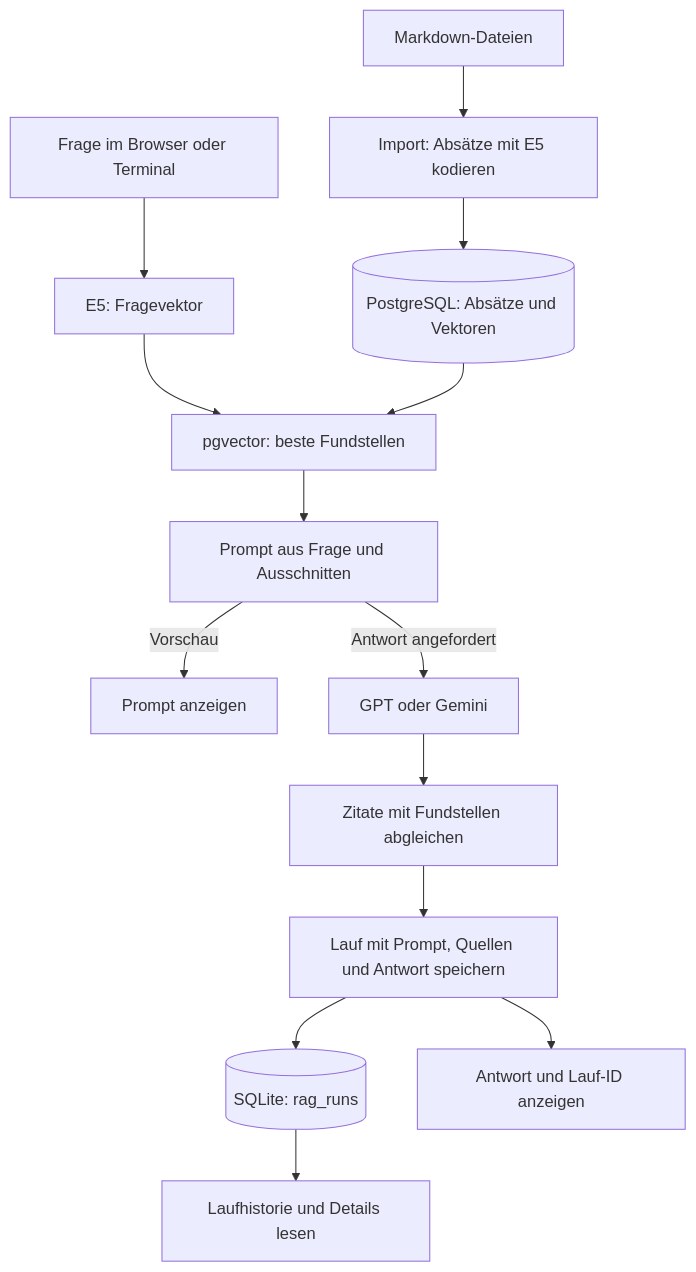
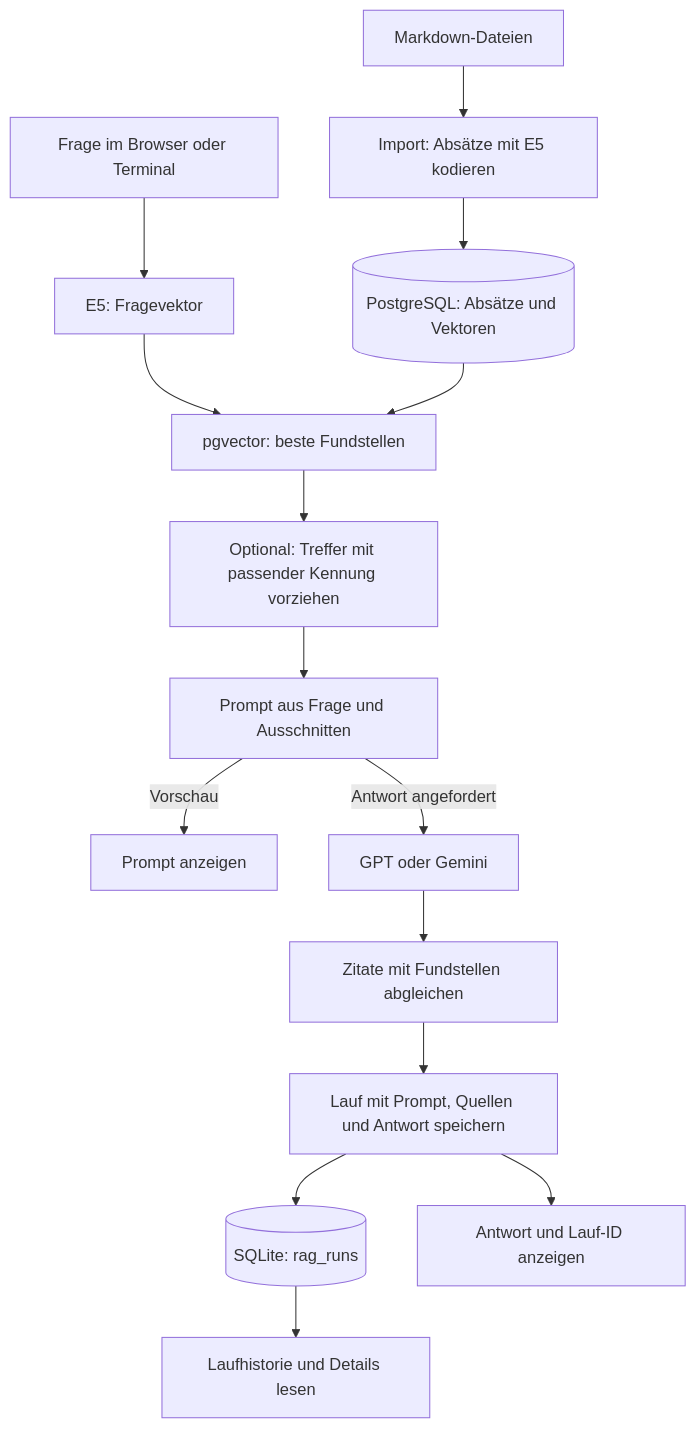
One commit to DanielMS616/cosi-lab changed the diagram in README.md. Above: the diagram before and after it, drawn with Mermaid. The commit also changed other lines of this file, not shown here.

Commit message:
docs: Kennungsoption und Suchchecks dokumentieren

````diff
--- a/README.md
+++ b/README.md
@@ -11,16 +11,17 @@
 ```mermaid
 flowchart TB
     MD["Markdown-Dateien"] --> IMPORT["Import: Absätze mit E5 kodieren"]
     IMPORT --> PG[("PostgreSQL: Absätze und Vektoren")]
     Q["Frage im Browser oder Terminal"] --> E5["E5: Fragevektor"]
     E5 --> SEARCH["pgvector: beste Fundstellen"]
     PG --> SEARCH
-    SEARCH --> PROMPT["Prompt aus Frage und Ausschnitten"]
+    SEARCH --> RANK["Optional: Treffer mit passender Kennung vorziehen"]
+    RANK --> PROMPT["Prompt aus Frage und Ausschnitten"]
     PROMPT -->|Vorschau| VIEW["Prompt anzeigen"]
     PROMPT -->|Antwort angefordert| MODEL["GPT oder Gemini"]
     MODEL --> CHECK["Zitate mit Fundstellen abgleichen"]
     CHECK --> SAVE["Lauf mit Prompt, Quellen und Antwort speichern"]
     SAVE --> RUN[("SQLite: rag_runs")]
     SAVE --> AUSGABE["Antwort und Lauf-ID anzeigen"]
     RUN --> REPLAY["Laufhistorie und Details lesen"]
 ```
````
